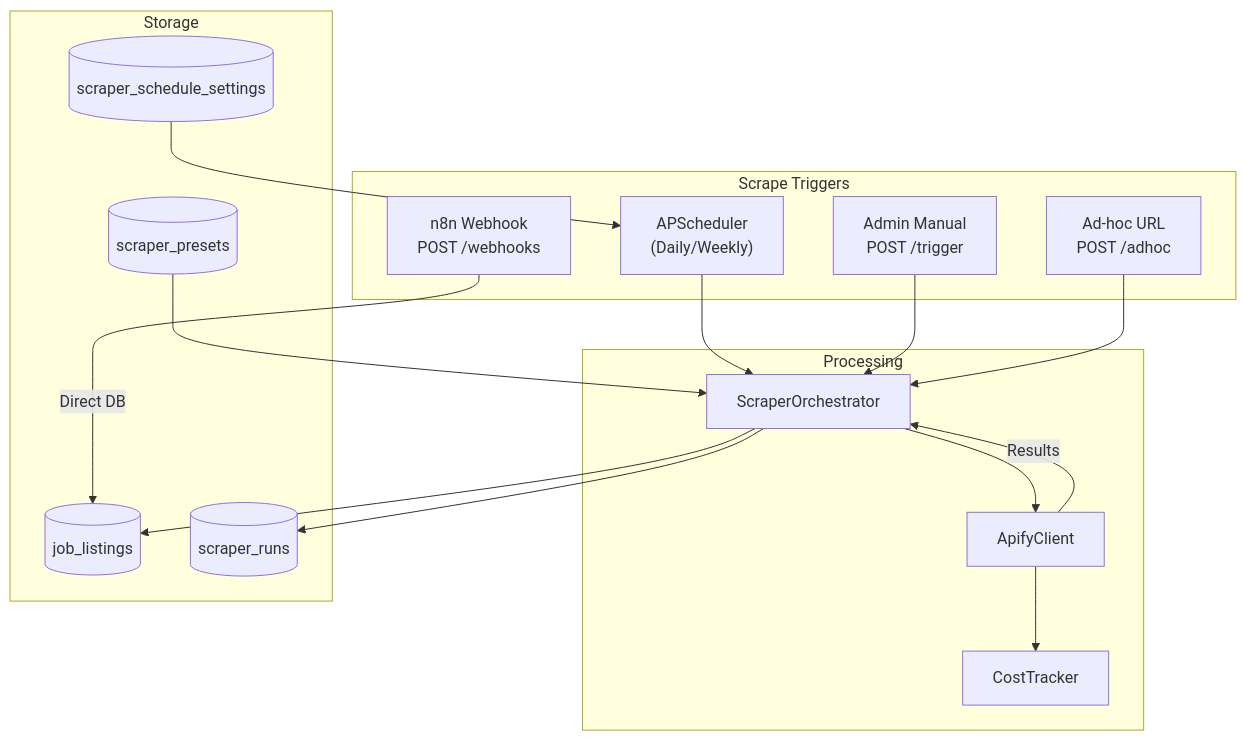
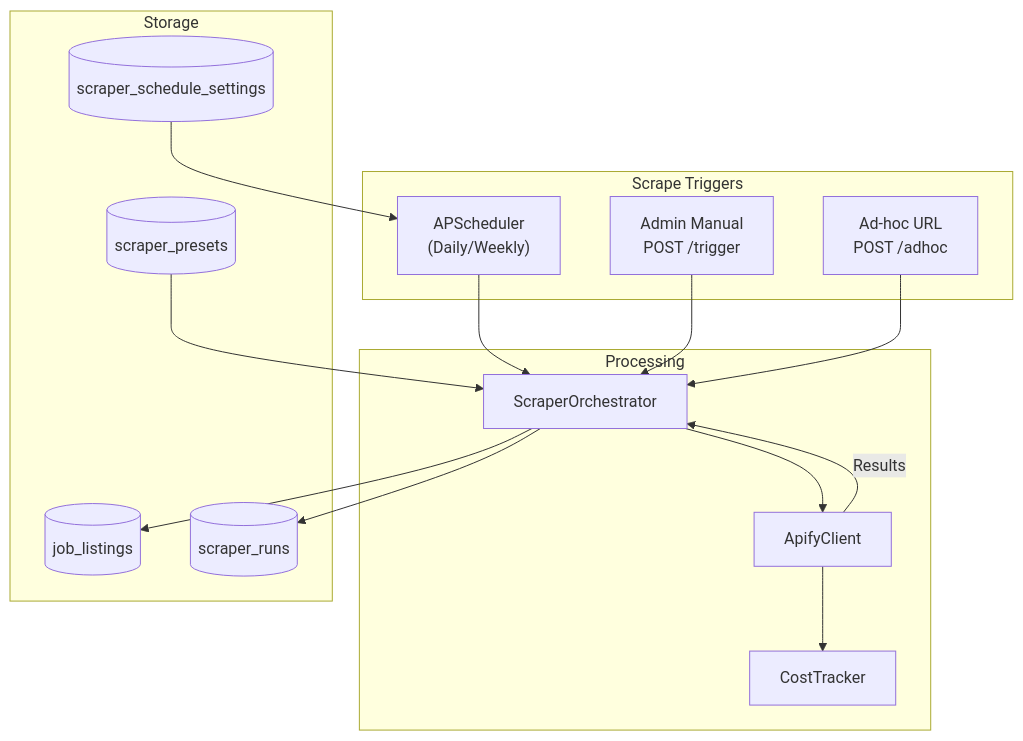
Before and after one commit to Sungchunn/AI-Resume-Tailor: diagram 28 of 33 in docs/architecture/system-architecture.md, drawn with Mermaid. The commit also changed other lines of this file and 6 other files, not shown here.

````diff
--- a/docs/architecture/system-architecture.md
+++ b/docs/architecture/system-architecture.md
@@ -1702,36 +1681,34 @@
 ```mermaid
 flowchart TB
     subgraph Triggers["Scrape Triggers"]
         Scheduled["APScheduler<br/>(Daily/Weekly)"]
         Manual["Admin Manual<br/>POST /trigger"]
         AdHoc["Ad-hoc URL<br/>POST /adhoc"]
-        Webhook["n8n Webhook<br/>POST /webhooks"]
     end
 
     subgraph Processing["Processing"]
         Orchestrator["ScraperOrchestrator"]
         ApifyClient["ApifyClient"]
         CostTracker["CostTracker"]
     end
 
     subgraph Storage["Storage"]
         JobListings[(job_listings)]
         ScraperRuns[(scraper_runs)]
         Presets[(scraper_presets)]
         Schedule[(scraper_schedule_settings)]
     end
 
     Scheduled --> Orchestrator
     Manual --> Orchestrator
     AdHoc --> Orchestrator
-    Webhook --> |"Direct DB"| JobListings
 
     Orchestrator --> ApifyClient
     ApifyClient --> |"Results"| Orchestrator
     Orchestrator --> JobListings
     Orchestrator --> ScraperRuns
     ApifyClient --> CostTracker
 
     Presets --> Orchestrator
     Schedule --> Scheduled
 ```
````
